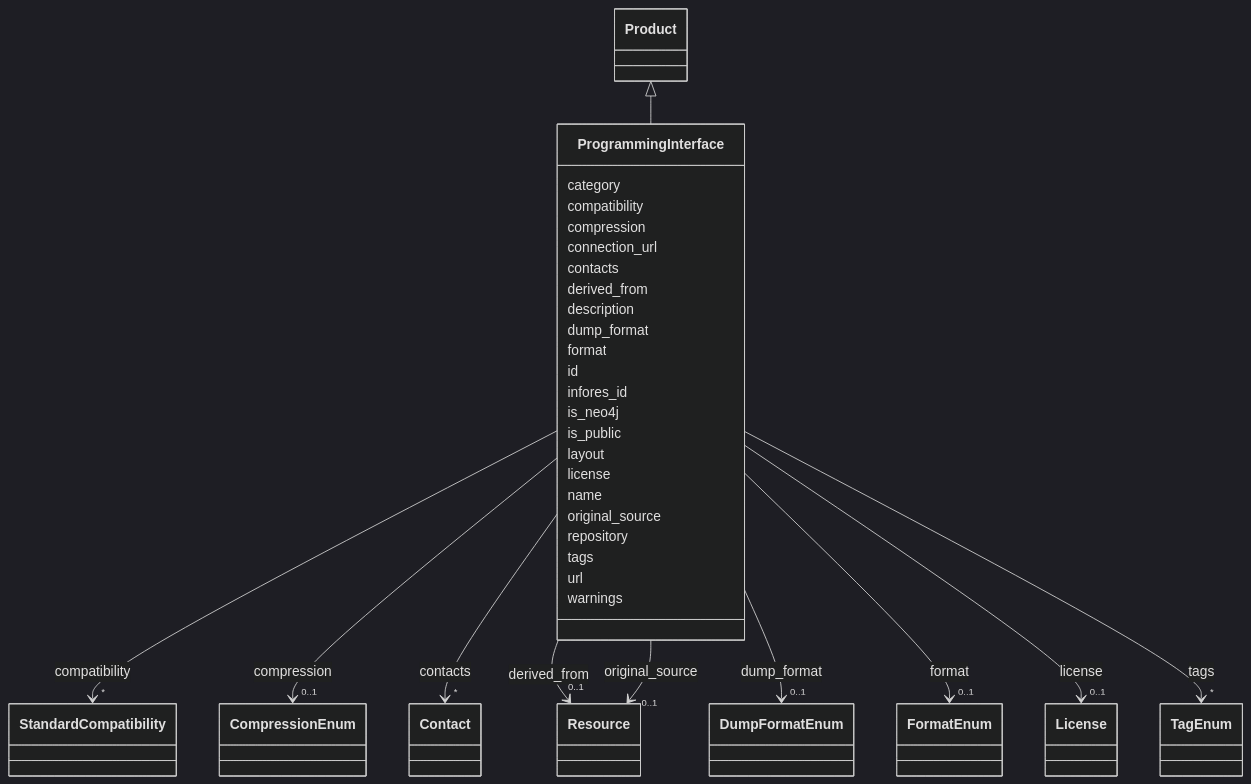
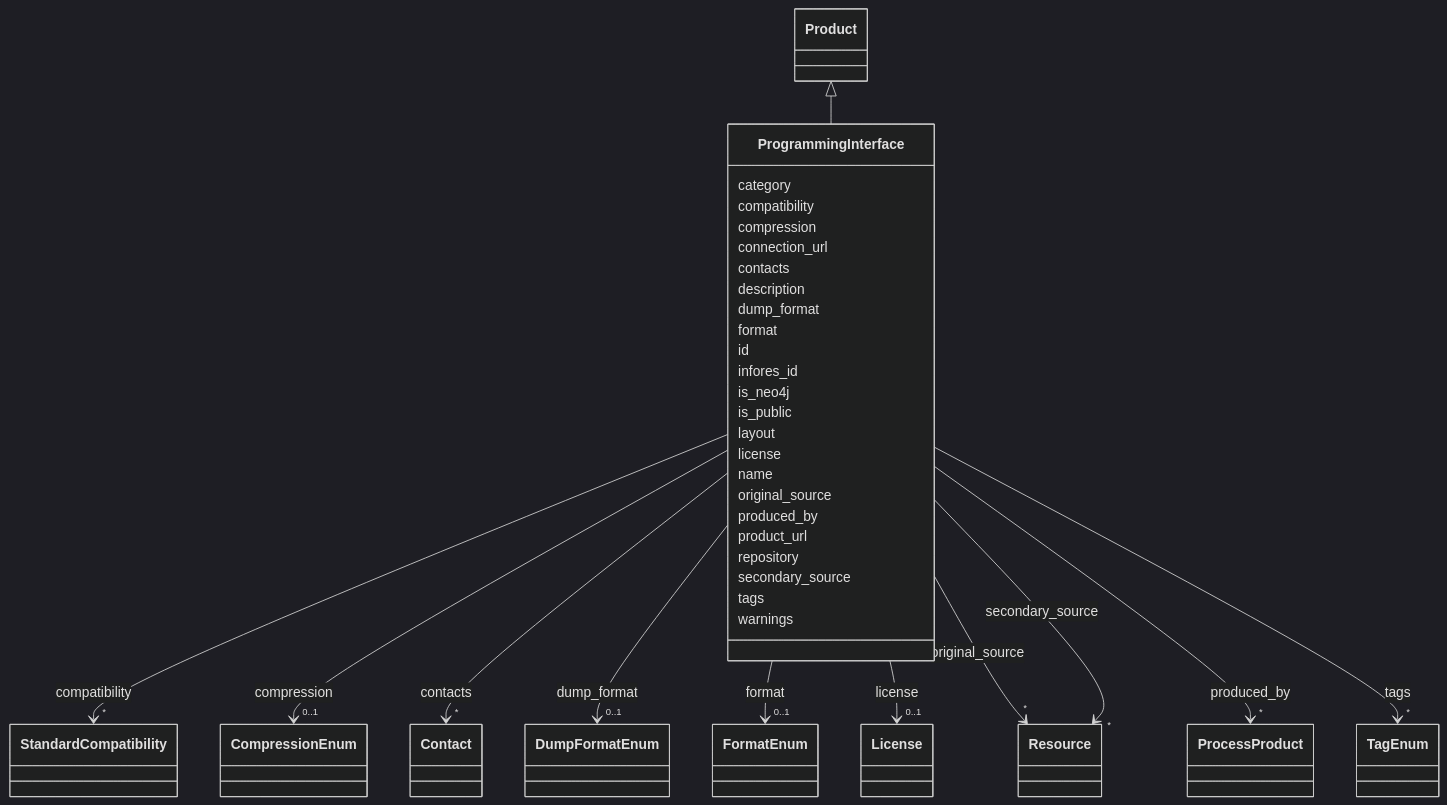
Before and after one commit to Knowledge-Graph-Hub/kg-registry: the diagram in docs/schema/ProgrammingInterface.md, drawn with Mermaid (dark theme). The commit also changed other lines of this file and 56 other files, not shown here.

```diff
--- a/docs/schema/ProgrammingInterface.md
+++ b/docs/schema/ProgrammingInterface.md
@@ -57,15 +57,6 @@
     
     ProgrammingInterface --> "*" Contact : contacts
     click Contact href "Contact.html"
-
-        
-      ProgrammingInterface : derived_from
-        
-          
-    
-    
-    ProgrammingInterface --> "0..1" Resource : derived_from
-    click Resource href "Resource.html"
 
         
       ProgrammingInterface : description
@@ -114,11 +105,31 @@
           
     
     
-    ProgrammingInterface --> "0..1" Resource : original_source
+    ProgrammingInterface --> "*" Resource : original_source
     click Resource href "Resource.html"
 
         
+      ProgrammingInterface : produced_by
+        
+          
+    
+    
+    ProgrammingInterface --> "*" ProcessProduct : produced_by
+    click ProcessProduct href "ProcessProduct.html"
+
+        
+      ProgrammingInterface : product_url
+        
       ProgrammingInterface : repository
+        
+      ProgrammingInterface : secondary_source
+        
+          
+    
+    
+    ProgrammingInterface --> "*" Resource : secondary_source
+    click Resource href "Resource.html"
+
         
       ProgrammingInterface : tags
         
@@ -129,8 +140,6 @@
     click TagEnum href "TagEnum.html"
 
         
-      ProgrammingInterface : url
-        
       ProgrammingInterface : warnings
         
       
```
